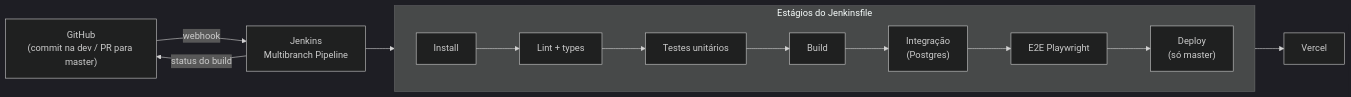
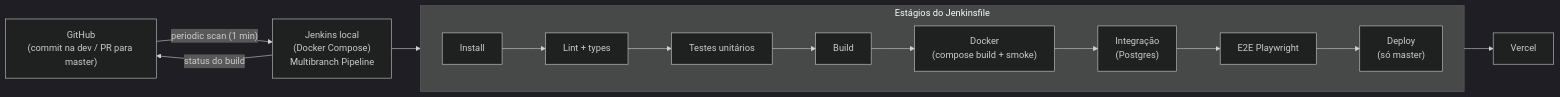
Before and after one commit to Frombull/cathoot: the second of 2 diagrams in docs/arquitetura.md, drawn with Mermaid (dark theme). The commit also changed other lines of this file and 16 other files, not shown here.

Commit message:
feat: add Jenkins pipeline and docker compose setup

````diff
--- a/docs/arquitetura.md
+++ b/docs/arquitetura.md
@@ -25,13 +25,13 @@
 ```mermaid
 flowchart LR
-    GH["GitHub<br/>(commit na dev / PR para master)"] -->|"webhook"| JK["Jenkins<br/>Multibranch Pipeline"]
+    GH["GitHub<br/>(commit na dev / PR para master)"] -->|"periodic scan (1 min)"| JK["Jenkins local<br/>(Docker Compose)<br/>Multibranch Pipeline"]
 
     subgraph Stages["Estágios do Jenkinsfile"]
         direction LR
-        S0["Install"] --> S1["Lint + types"] --> S2["Testes unitários"] --> S3["Build"] --> S4["Integração<br/>(Postgres)"] --> S5["E2E Playwright"] --> S6["Deploy<br/>(só master)"]
+        S0["Install"] --> S1["Lint + types"] --> S2["Testes unitários"] --> S3["Build"] --> SD["Docker<br/>(compose build + smoke)"] --> S4["Integração<br/>(Postgres)"] --> S5["E2E Playwright"] --> S6["Deploy<br/>(só master)"]
     end
 
     JK --> S0
     S6 --> VERCEL["Vercel"]
     JK -->|"status do build"| GH
 ```
````
